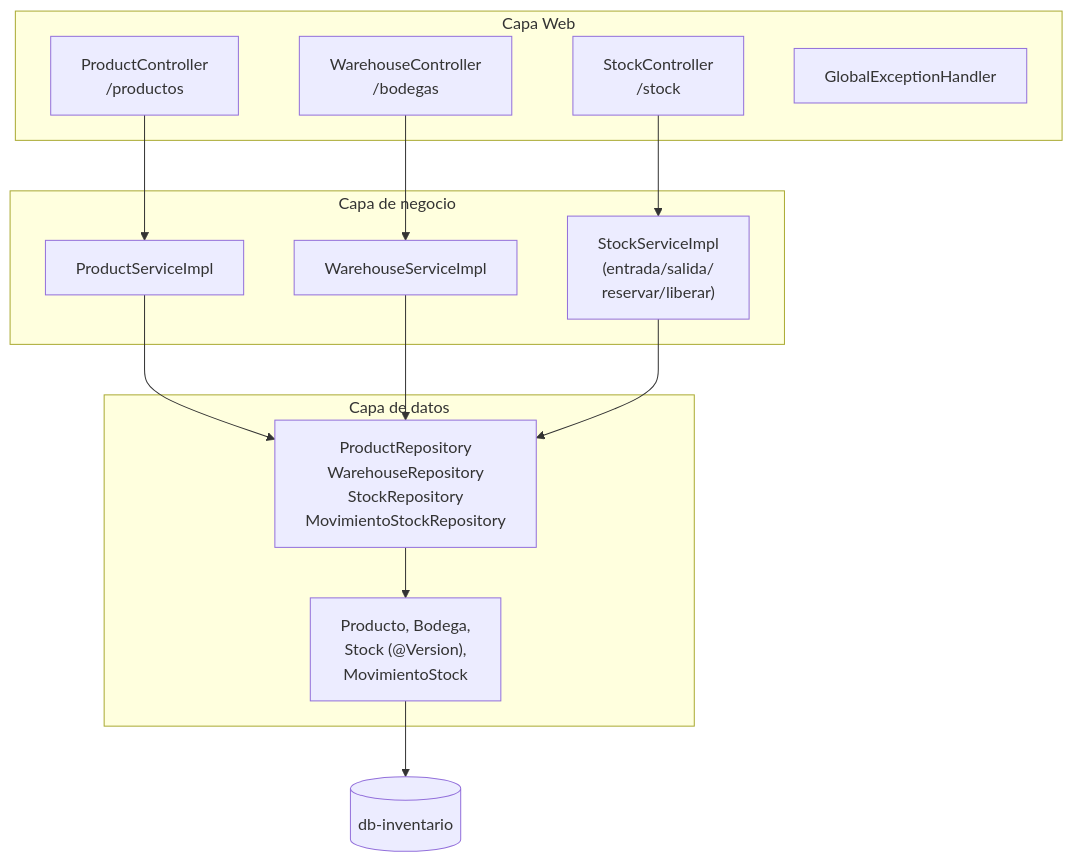
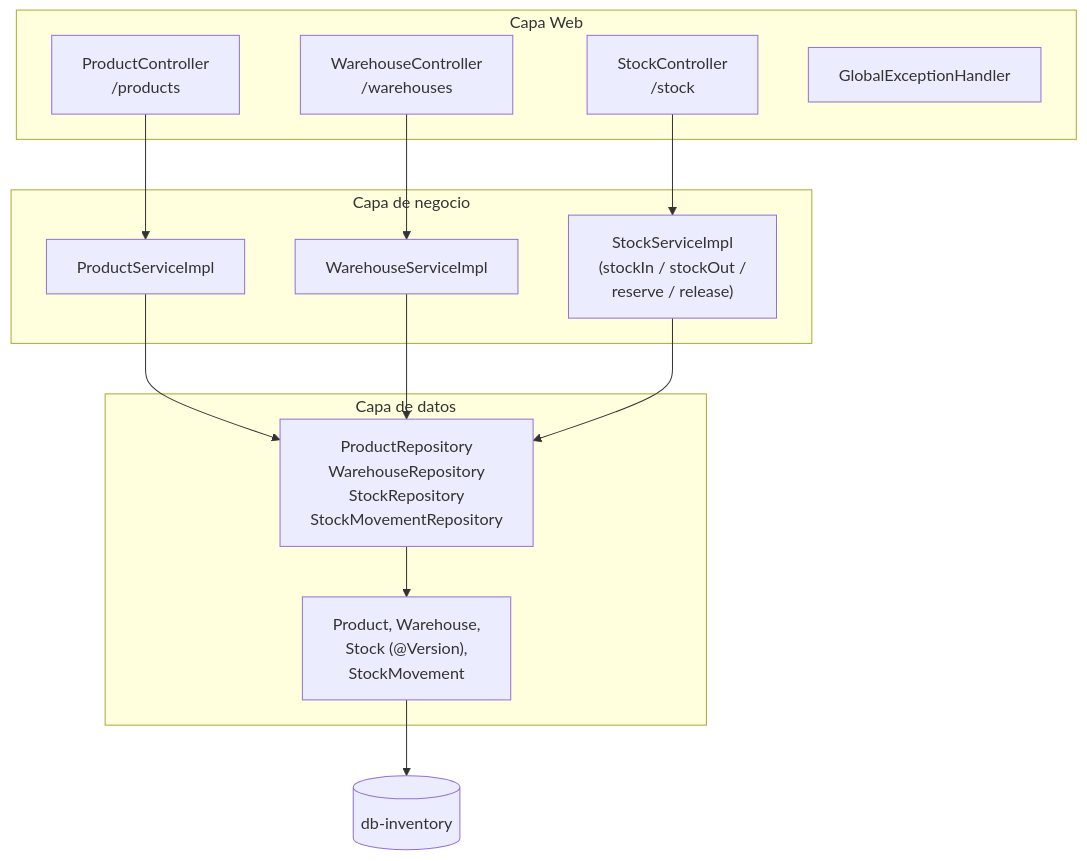
The fourth of 4 diagrams in backend/ms-inventory/README.md (smartLogixfs/smartlogixs), drawn with Mermaid before and after one commit. The commit also changed other lines of this file and 8 other files, not shown here.

````diff
--- a/backend/ms-inventory/README.md
+++ b/backend/ms-inventory/README.md
@@ -143,31 +161,31 @@
 ```mermaid
 flowchart TB
     subgraph Web["Capa Web"]
-        PC["ProductController<br/>/productos"]
-        WC["WarehouseController<br/>/bodegas"]
+        PC["ProductController<br/>/products"]
+        WC["WarehouseController<br/>/warehouses"]
         SC["StockController<br/>/stock"]
         GEH["GlobalExceptionHandler"]
     end
 
     subgraph Bus["Capa de negocio"]
         PS["ProductServiceImpl"]
         WS["WarehouseServiceImpl"]
-        SS["StockServiceImpl<br/>(entrada/salida/<br/>reservar/liberar)"]
+        SS["StockServiceImpl<br/>(stockIn / stockOut /<br/>reserve / release)"]
     end
 
     subgraph Data["Capa de datos"]
-        Repos["ProductRepository<br/>WarehouseRepository<br/>StockRepository<br/>MovimientoStockRepository"]
-        Ents["Producto, Bodega,<br/>Stock (@Version),<br/>MovimientoStock"]
+        Repos["ProductRepository<br/>WarehouseRepository<br/>StockRepository<br/>StockMovementRepository"]
+        Ents["Product, Warehouse,<br/>Stock (@Version),<br/>StockMovement"]
     end
 
-    DB[(db-inventario)]
+    DB[(db-inventory)]
 
     PC --> PS
     WC --> WS
     SC --> SS
     PS --> Repos
     WS --> Repos
     SS --> Repos
     Repos --> Ents
     Ents --> DB
 ```
````
